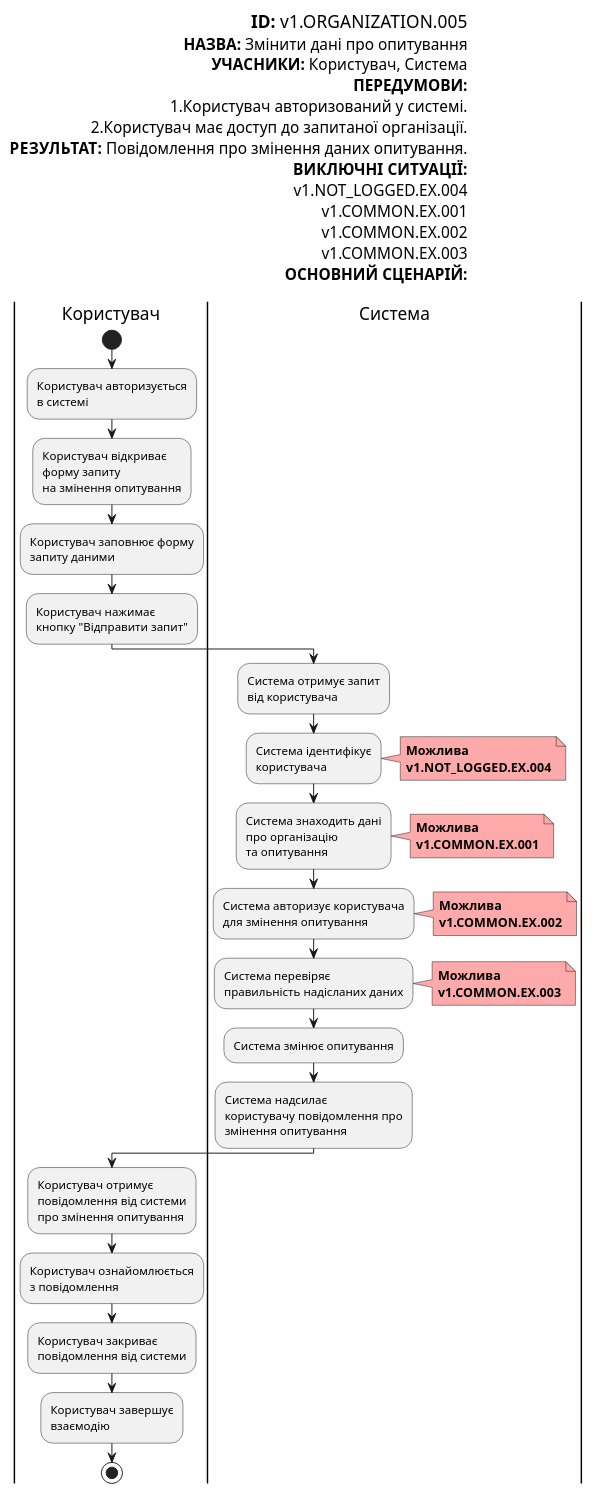
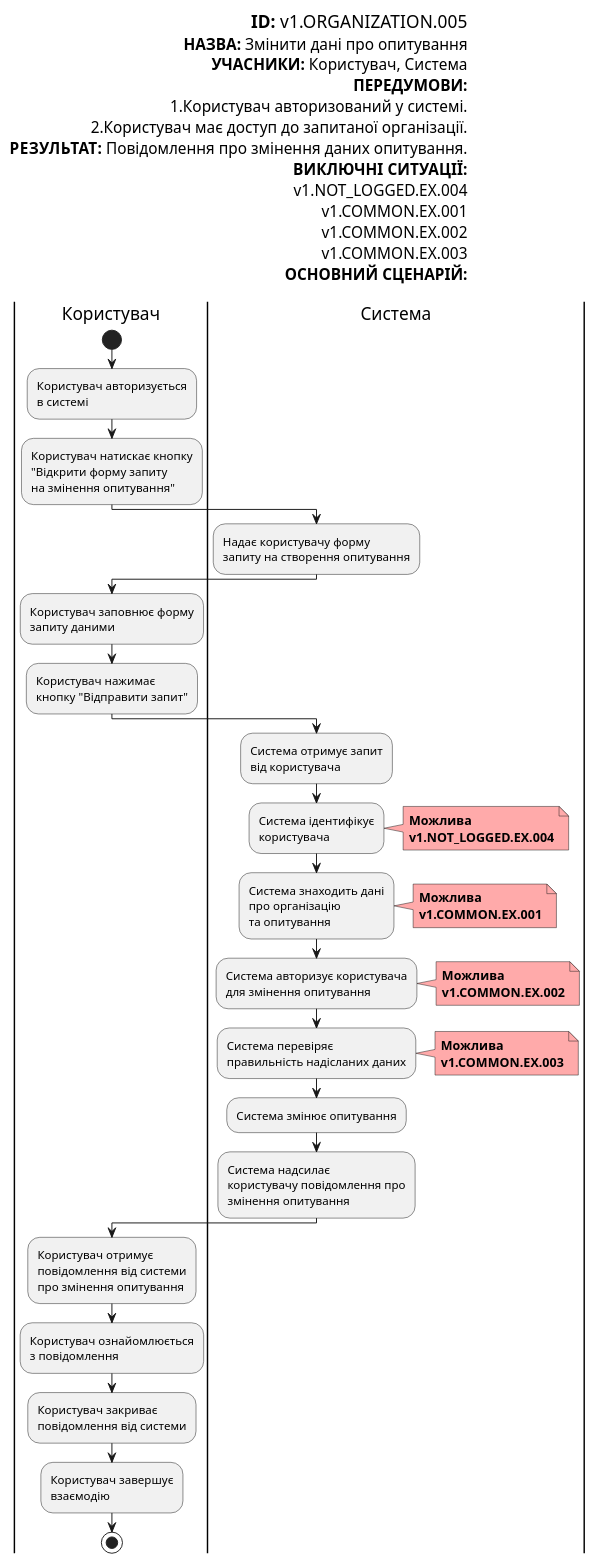
One commit to SergeyOcheretenko/survey-expert changed the tenth of 18 diagrams in docs/use cases/README.md. Above: the diagram before and after it, drawn with PlantUML. The commit also changed other lines of this file, not shown here.

```diff
--- a/docs/use cases/README.md
+++ b/docs/use cases/README.md
@@ -606,10 +611,15 @@
           :Користувач авторизується
           в системі;
 
-          :Користувач відкриває
-          форму запиту
-          на змінення опитування;
+          :Користувач натискає кнопку
+          "Відкрити форму запиту
+          на змінення опитування";
+      
+      |Система|
+          :Надає користувачу форму
+          запиту на створення опитування;
 
+      |Користувач|
           :Користувач заповнює форму
           запиту даними;
 
```
